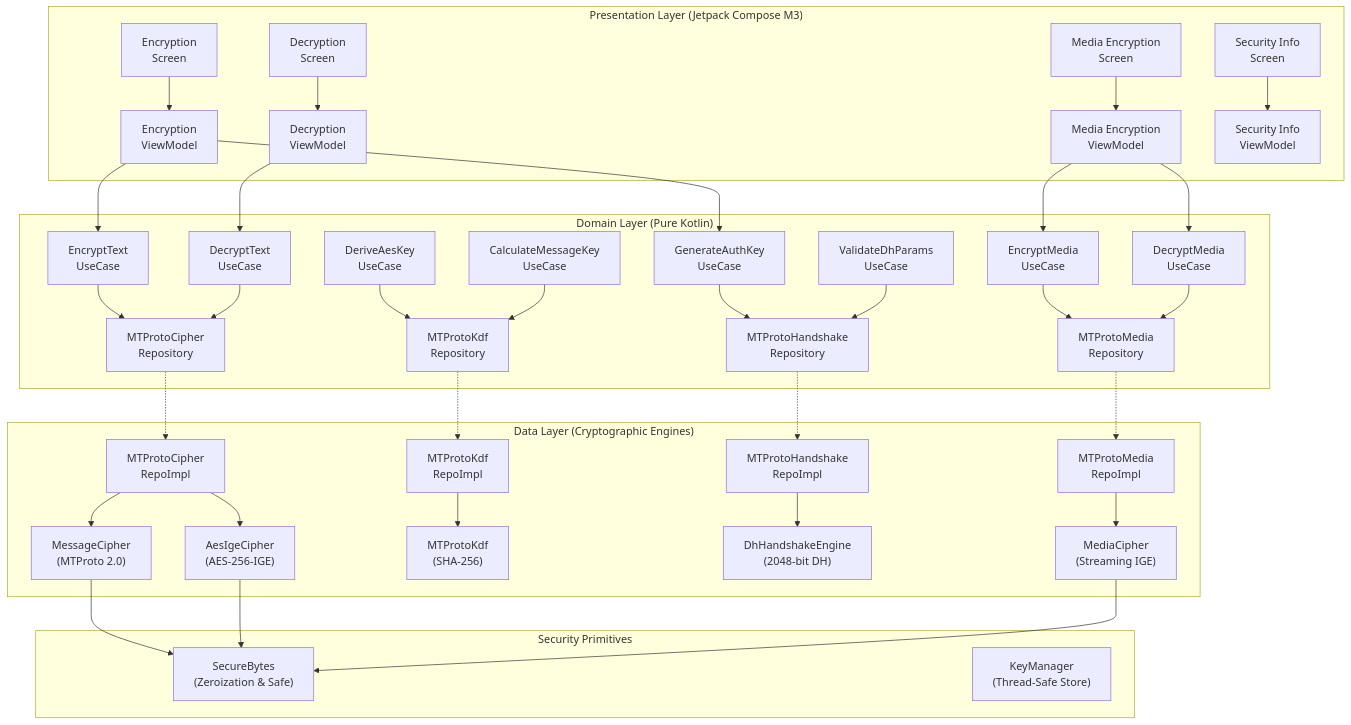
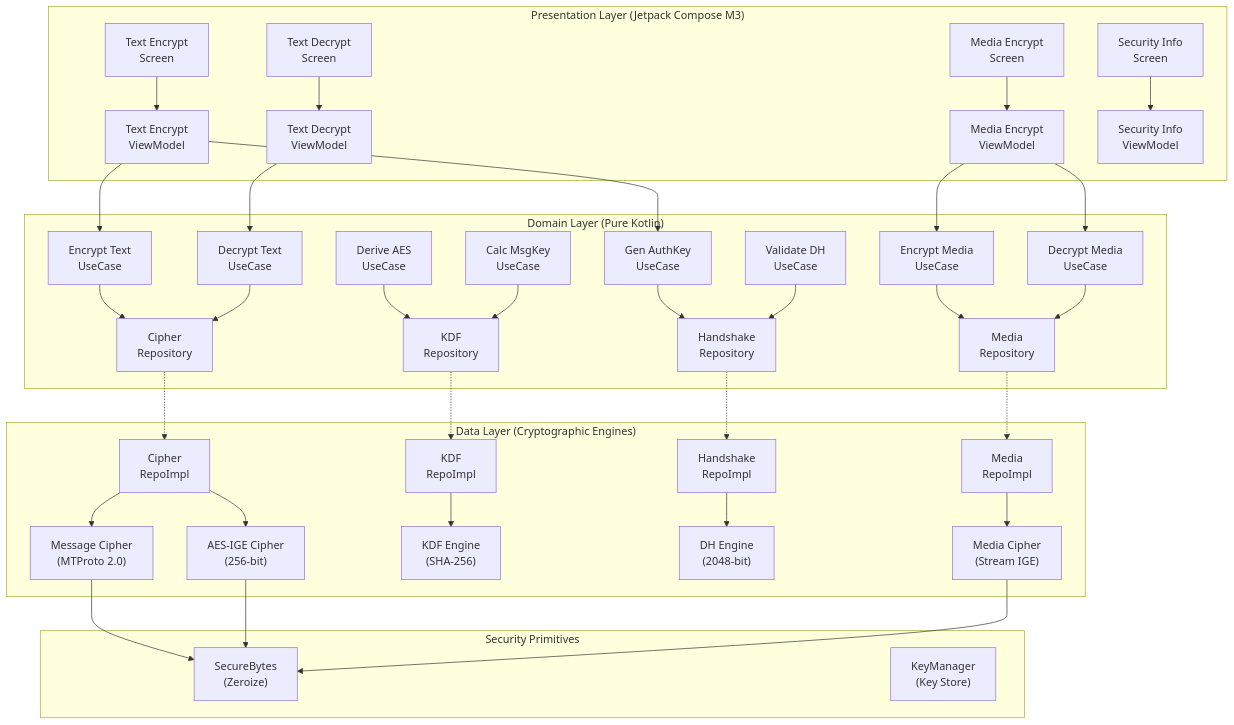
The diagram in README.md (gargpadmakar/MTProtoCrypto), drawn with Mermaid before and after one commit.

Commit message:
Shorten and wrap all diagram labels to eliminate SVG text cutoffs on GitHub

````diff
--- a/README.md
+++ b/README.md
@@ -16,82 +16,82 @@
 ```mermaid
 graph TD
     subgraph UI ["Presentation Layer (Jetpack Compose M3)"]
-        ES["Encryption<br/>Screen"]
-        DS["Decryption<br/>Screen"]
-        MS["Media Encryption<br/>Screen"]
+        ES["Text Encrypt<br/>Screen"]
+        DS["Text Decrypt<br/>Screen"]
+        MS["Media Encrypt<br/>Screen"]
         SS["Security Info<br/>Screen"]
         
-        EV["Encryption<br/>ViewModel"]
-        DV["Decryption<br/>ViewModel"]
-        MV["Media Encryption<br/>ViewModel"]
+        EV["Text Encrypt<br/>ViewModel"]
+        DV["Text Decrypt<br/>ViewModel"]
+        MV["Media Encrypt<br/>ViewModel"]
         SV["Security Info<br/>ViewModel"]
         
         ES --> EV
         DS --> DV
         MS --> MV
         SS --> SV
     end
 
     subgraph Domain ["Domain Layer (Pure Kotlin)"]
-        ET["EncryptText<br/>UseCase"]
-        DT["DecryptText<br/>UseCase"]
-        EM["EncryptMedia<br/>UseCase"]
-        DM["DecryptMedia<br/>UseCase"]
-        DA["DeriveAesKey<br/>UseCase"]
-        CM["CalculateMessageKey<br/>UseCase"]
-        GA["GenerateAuthKey<br/>UseCase"]
-        VD["ValidateDhParams<br/>UseCase"]
+        ET["Encrypt Text<br/>UseCase"]
+        DT["Decrypt Text<br/>UseCase"]
+        EM["Encrypt Media<br/>UseCase"]
+        DM["Decrypt Media<br/>UseCase"]
+        DA["Derive AES<br/>UseCase"]
+        CM["Calc MsgKey<br/>UseCase"]
+        GA["Gen AuthKey<br/>UseCase"]
+        VD["Validate DH<br/>UseCase"]
         
-        CR["MTProtoCipher<br/>Repository"]
-        KR["MTProtoKdf<br/>Repository"]
-        HR["MTProtoHandshake<br/>Repository"]
-        MR["MTProtoMedia<br/>Repository"]
+        CR["Cipher<br/>Repository"]
+        KR["KDF<br/>Repository"]
+        HR["Handshake<br/>Repository"]
+        MR["Media<br/>Repository"]
         
         EV --> ET
         EV --> GA
         DV --> DT
         MV --> EM
         MV --> DM
         
         ET --> CR
         DT --> CR
         DA --> KR
         CM --> KR
         GA --> HR
         VD --> HR
         EM --> MR
         DM --> MR
     end
 
     subgraph Data ["Data Layer (Cryptographic Engines)"]
-        CRI["MTProtoCipher<br/>RepoImpl"]
-        KRI["MTProtoKdf<br/>RepoImpl"]
-        HRI["MTProtoHandshake<br/>RepoImpl"]
-        MRI["MTProtoMedia<br/>RepoImpl"]
+        CRI["Cipher<br/>RepoImpl"]
+        KRI["KDF<br/>RepoImpl"]
+        HRI["Handshake<br/>RepoImpl"]
+        MRI["Media<br/>RepoImpl"]
         
-        MC["MessageCipher<br/>(MTProto 2.0)"]
-        IGE["AesIgeCipher<br/>(AES-256-IGE)"]
-        KDF["MTProtoKdf<br/>(SHA-256)"]
-        DH["DhHandshakeEngine<br/>(2048-bit DH)"]
-        MED["MediaCipher<br/>(Streaming IGE)"]
+        MC["Message Cipher<br/>(MTProto 2.0)"]
+        IGE["AES-IGE Cipher<br/>(256-bit)"]
+        KDF["KDF Engine<br/>(SHA-256)"]
+        DH["DH Engine<br/>(2048-bit)"]
+        MED["Media Cipher<br/>(Stream IGE)"]
         
         CR -.-> CRI
         KR -.-> KRI
         HR -.-> HRI
         MR -.-> MRI
         
         CRI --> MC
         CRI --> IGE
         KRI --> KDF
         HRI --> DH
         MRI --> MED
     end
 
     subgraph Security ["Security Primitives"]
-        SB["SecureBytes<br/>(Zeroization & Safe)"]
-        KM["KeyManager<br/>(Thread-Safe Store)"]
+        SB["SecureBytes<br/>(Zeroize)"]
+        KM["KeyManager<br/>(Key Store)"]
         MC --> SB
         IGE --> SB
         MED --> SB
     end
 ```
````
